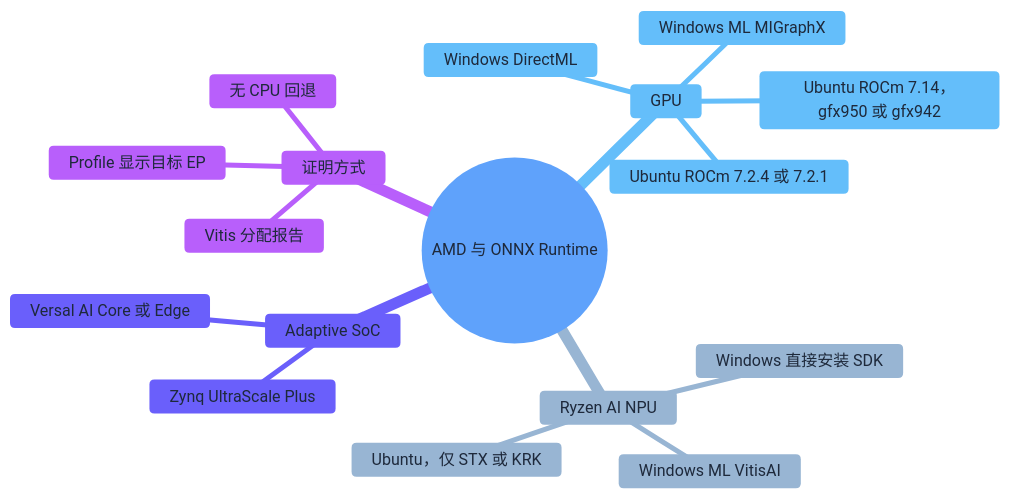
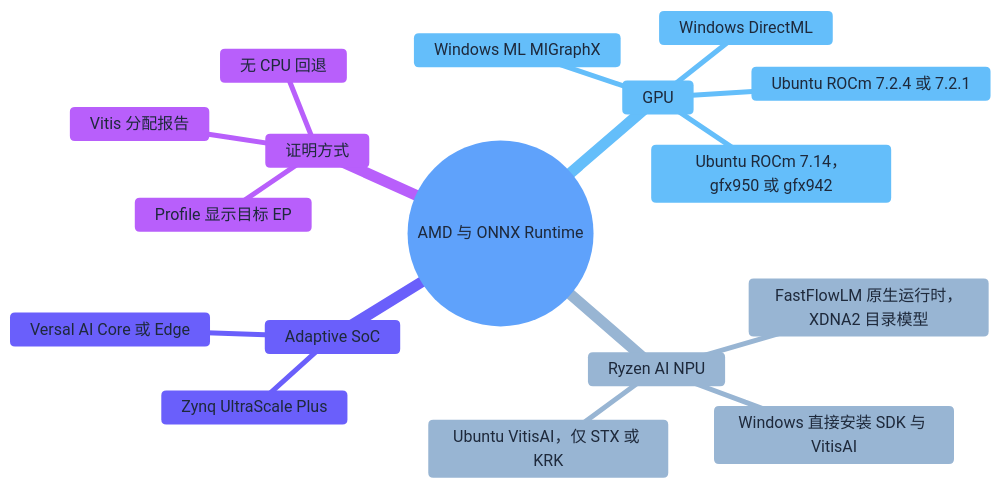
Before and after one commit to DakeQQ/Tutorial-ONNX-Runtime-Execution-Providers: the first of 9 diagrams in AMD/README.zh-CN.md, drawn with Mermaid. The commit also changed other lines of this file and 1 other file, not shown here.

````diff
--- a/AMD/README.zh-CN.md
+++ b/AMD/README.zh-CN.md
@@ -77,21 +113,21 @@
 ```mermaid
 %%{init: {"theme":"base","themeVariables":{"primaryColor":"#dbeafe","primaryTextColor":"#1e293b","primaryBorderColor":"#3b82f6","secondaryColor":"#e0f2fe","secondaryTextColor":"#1e293b","tertiaryColor":"#f1f5f9","tertiaryTextColor":"#1e293b","lineColor":"#94a3b8"},"themeCSS":".mindmap-node text{fill:#1e293b !important;} .mindmap-node span{color:#1e293b !important;}"}}%%
 mindmap
   root((AMD 与 ONNX Runtime))
     GPU
       Windows DirectML
       Windows ML MIGraphX
       Ubuntu ROCm 7.14，gfx950 或 gfx942
       Ubuntu ROCm 7.2.4 或 7.2.1
     Ryzen AI NPU
-      Windows 直接安装 SDK
-      Windows ML VitisAI
-      Ubuntu，仅 STX 或 KRK
+      FastFlowLM 原生运行时，XDNA2 目录模型
+      Windows 直接安装 SDK 与 VitisAI
+      Ubuntu VitisAI，仅 STX 或 KRK
     Adaptive SoC
       Zynq UltraScale Plus
       Versal AI Core 或 Edge
     证明方式
       Profile 显示目标 EP
       无 CPU 回退
       Vitis 分配报告
 ```
````
